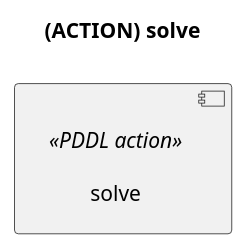
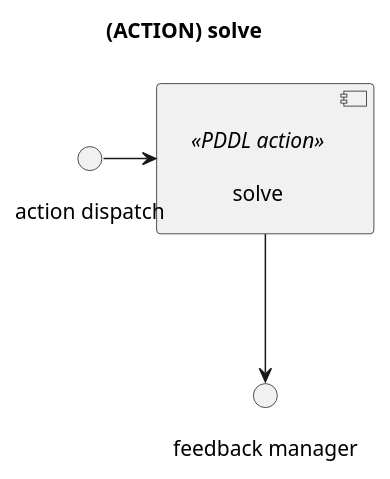
The fifth of 5 diagrams in robocluedo_rosplan/_docs/new-robocluedo.md (programmatoroSeduto/ExperimentalRoboticsLab-Assignment-2), drawn with PlantUML before and after one commit. The commit also changed other lines of this file and 23 other files, not shown here.

````diff
--- a/robocluedo_rosplan/_docs/new-robocluedo.md
+++ b/robocluedo_rosplan/_docs/new-robocluedo.md
@@ -413,20 +420,23 @@
 ```{uml} 
 @startuml
 
 ''' DIAGRAM INFOS
 title "(ACTION) solve"
 skinparam Padding 8
 allow_mixing
 
 
 ''' FROM OTHER DIAGRAMS
 ' ...
 
 
 ''' COMPONENTS
 component "solve" <<PDDL action>> as ACT_SOLVE
 
 
 ''' LINKS
-' ...
+() "feedback manager" as TOPIC_FEEDBACK_MANAGER
+ACT_SOLVE -down-> TOPIC_FEEDBACK_MANAGER
+() "action dispatch" as DISPATCH
+ACT_SOLVE <-left- DISPATCH
 ```
````
